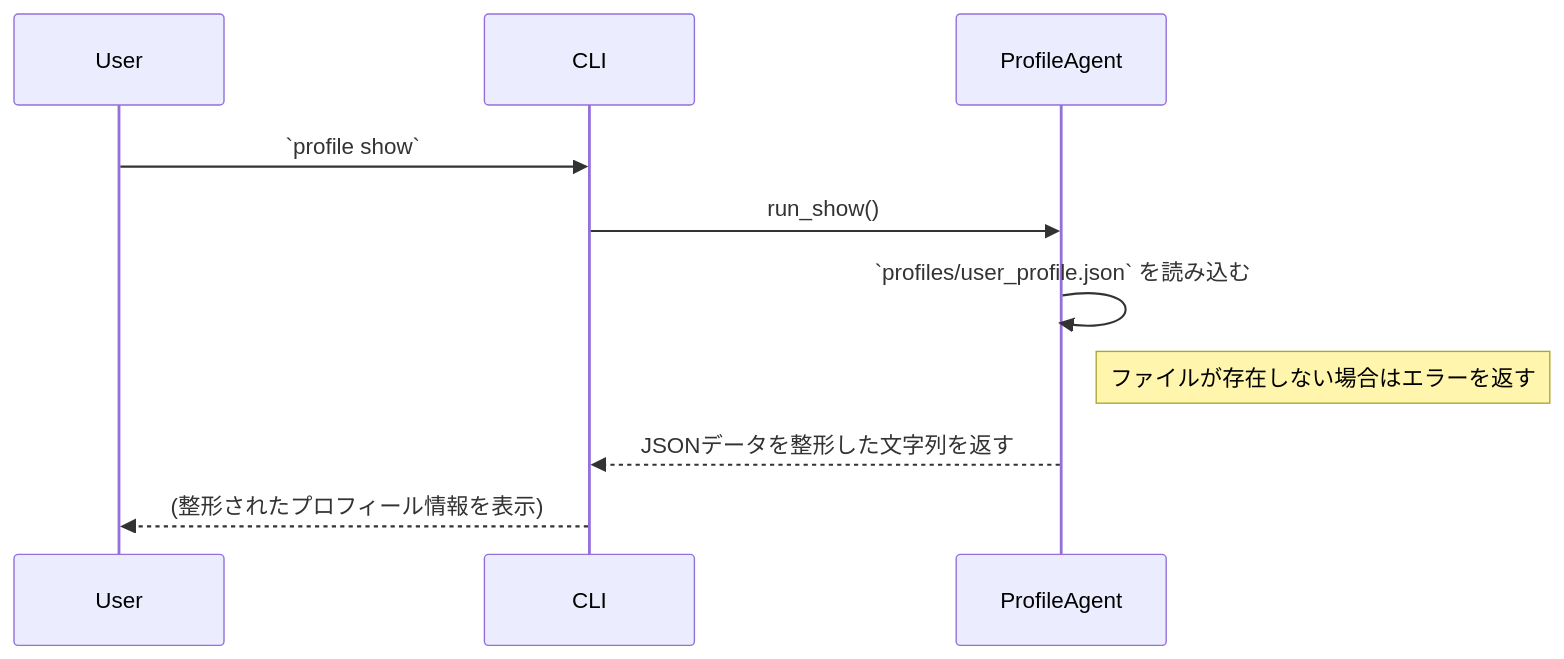
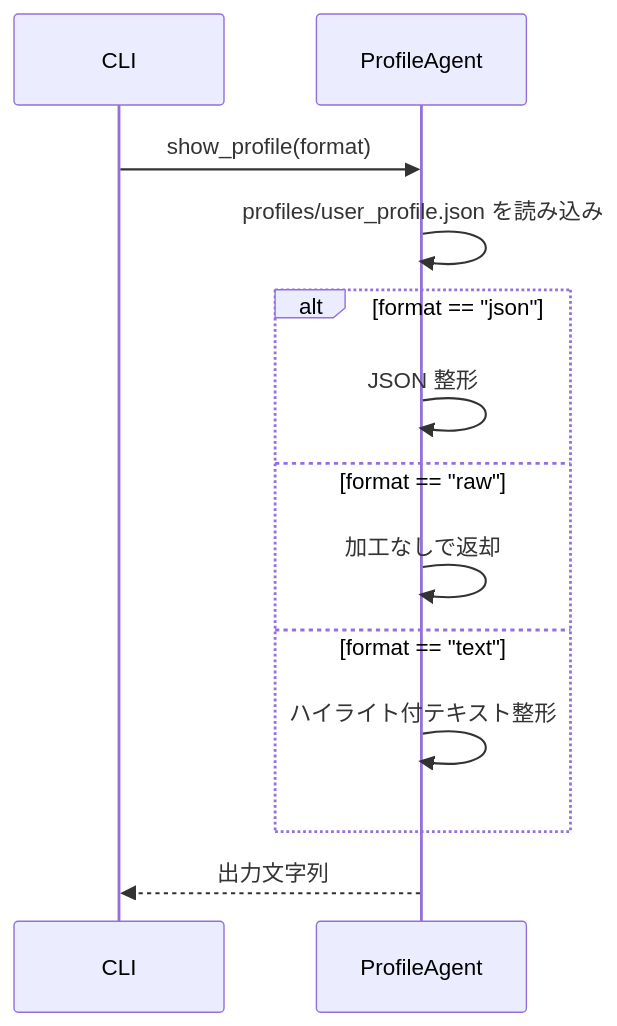
The third of 3 diagrams in docs/profile_agent_design.md (n4cl/career-agent), drawn with Mermaid before and after one commit. The commit also changed other lines of this file and 1 other file, not shown here.

````diff
--- a/docs/profile_agent_design.md
+++ b/docs/profile_agent_design.md
@@ -108,13 +479,16 @@
 ```mermaid
 sequenceDiagram
-    participant User
     participant CLI
     participant ProfileAgent
 
-    User->>CLI: `profile show`
-    CLI->>ProfileAgent: run_show()
-    ProfileAgent->>ProfileAgent: `profiles/user_profile.json` を読み込む
-    Note right of ProfileAgent: ファイルが存在しない場合はエラーを返す
-    ProfileAgent-->>CLI: JSONデータを整形した文字列を返す
-    CLI-->>User: (整形されたプロフィール情報を表示)
+    CLI->>ProfileAgent: show_profile(format)
+    ProfileAgent->>ProfileAgent: profiles/user_profile.json を読み込み
+    alt format == "json"
+        ProfileAgent->>ProfileAgent: JSON 整形
+    else format == "raw"
+        ProfileAgent->>ProfileAgent: 加工なしで返却
+    else format == "text"
+        ProfileAgent->>ProfileAgent: ハイライト付テキスト整形
+    end
+    ProfileAgent-->>CLI: 出力文字列
 ```
````
